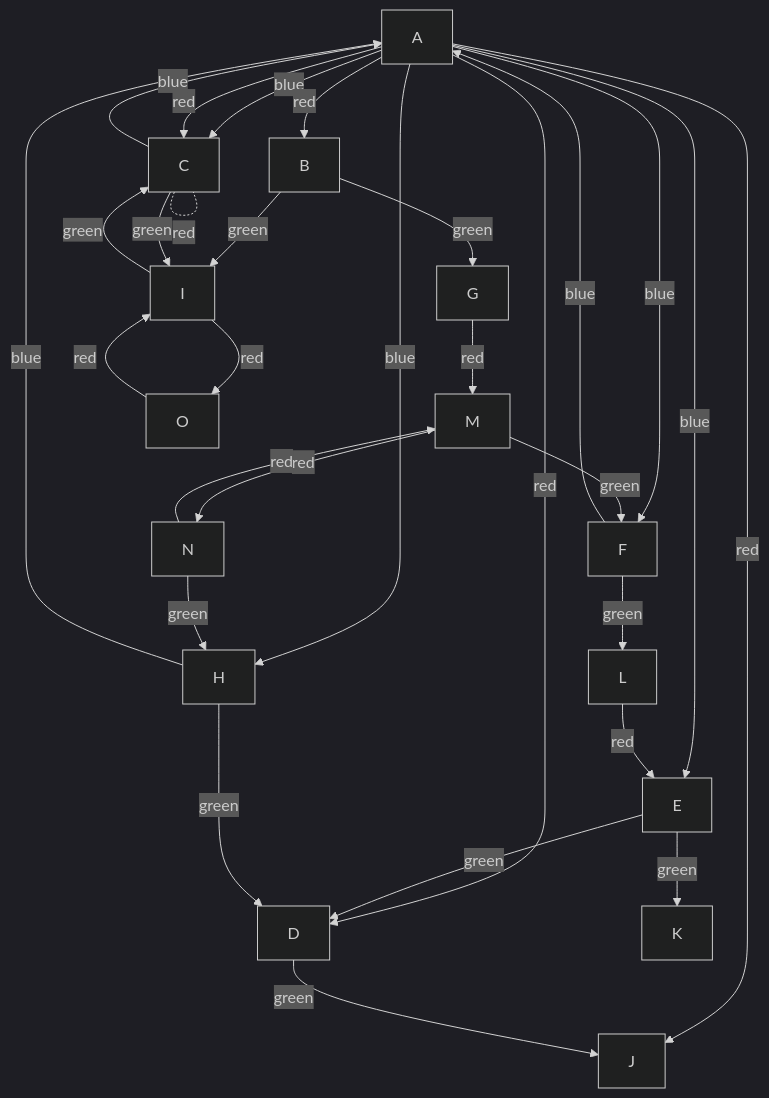
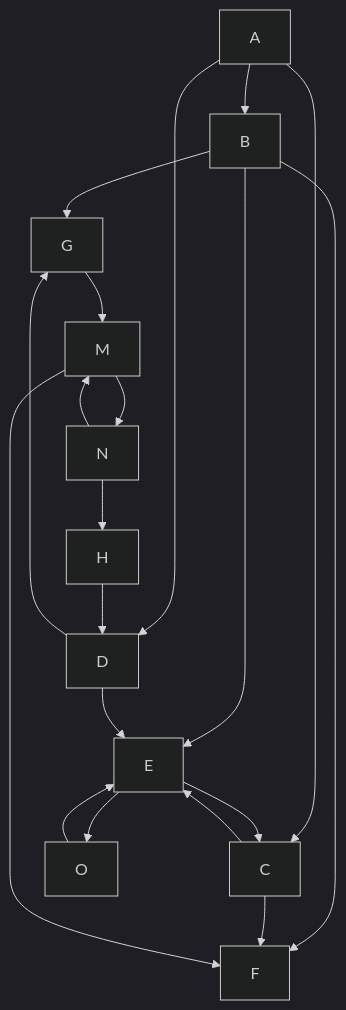
The diagram in rfc0010-network-discovery.md (hoprnet/rfc), drawn with Mermaid (dark theme) before and after one commit.

Commit message:
Improve the graph

````diff
--- a/rfc0010-network-discovery.md
+++ b/rfc0010-network-discovery.md
@@ -101,44 +101,31 @@
 ```mermaid
 graph TD;
-    A -->|blue| F;
-    A -->|blue| H;
-    A -->|blue| E;
-    A -->|blue| C;
-    A -->|red| D;
-    A -->|red| B;
-    A -->|red| J;
-    A -->|red| C;
+    A --> B;
+    A --> C;
+    A --> D;
     
-    B -->|green| I;
-    B -->|green| G;
+    B --> E;
+    B --> G;
+    B --> F;
     
-    D -->|green| J;
+    C --> E;
+    C --> F;
+
+    D --> E;
+    D --> G;
+
+    E --> C;
+    E --> O;
+
+    G --> M;
     
-    E -->|green| D;
-    E -->|green| K;
+    H --> D;
+
+    M --> F;
+    M --> N;
     
-    F -->|green| L;
-    F -->|blue| A;
+    N --> M;
+    N --> H;
     
-    G -->|red| M;
-    
-    H -->|green| D;
-    H -->|blue| A;
-    
-    I -->|green| C;
-    I -->|red| O;
-    
-    L -->|red| E;
-    
-    M -->|green| F;
-    M -->|red| N;
-    
-    N -->|red| M;
-    N -->|green| H;
-    
-    O -->|red| I;
-    
-    C -->|blue| A;
-    C -->|green| I;
-    C -.-|red| C;
+    O --> E;
 ```
````
